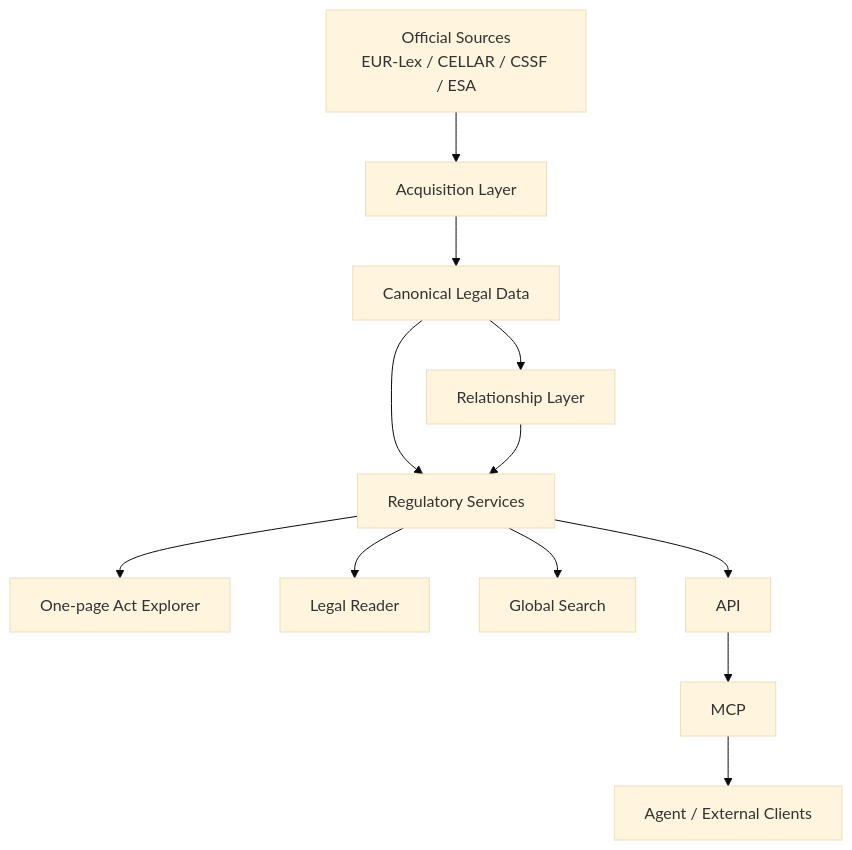
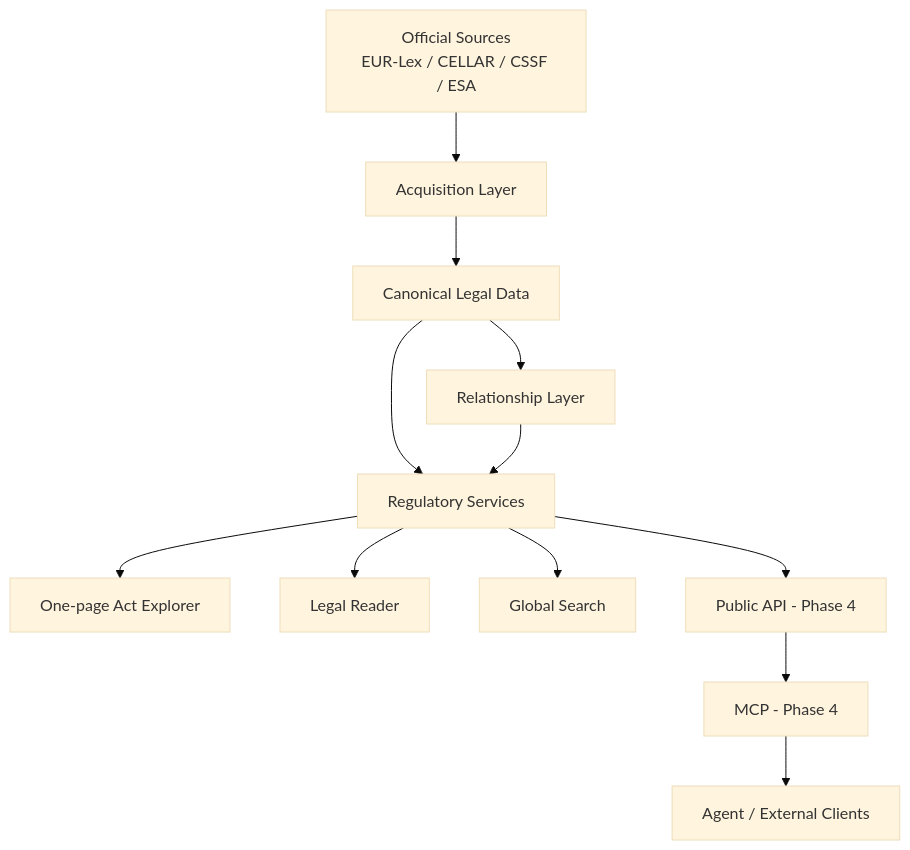
Before and after one commit to liyouqi/regulatory-knowledge-platform: the first of 5 diagrams in docs/regulatory_knowledge_platform_requirements.md, drawn with Mermaid (base theme). The commit also changed other lines of this file and 1 other file, not shown here.

Commit message:
docs: move public API and MCP to phase 4

````diff
--- a/docs/regulatory_knowledge_platform_requirements.md
+++ b/docs/regulatory_knowledge_platform_requirements.md
@@ -85,14 +85,14 @@
 ```mermaid
 flowchart TD
     A[Official Sources\nEUR-Lex / CELLAR / CSSF / ESA] --> B[Acquisition Layer]
     B --> C[Canonical Legal Data]
     C --> D[Relationship Layer]
     C --> E[Regulatory Services]
     D --> E
     E --> X[One-page Act Explorer]
     E --> F[Legal Reader]
     E --> S[Global Search]
-    E --> G[API]
-    G --> H[MCP]
+    E --> G[Public API - Phase 4]
+    G --> H[MCP - Phase 4]
     H --> I[Agent / External Clients]
 ```
````
